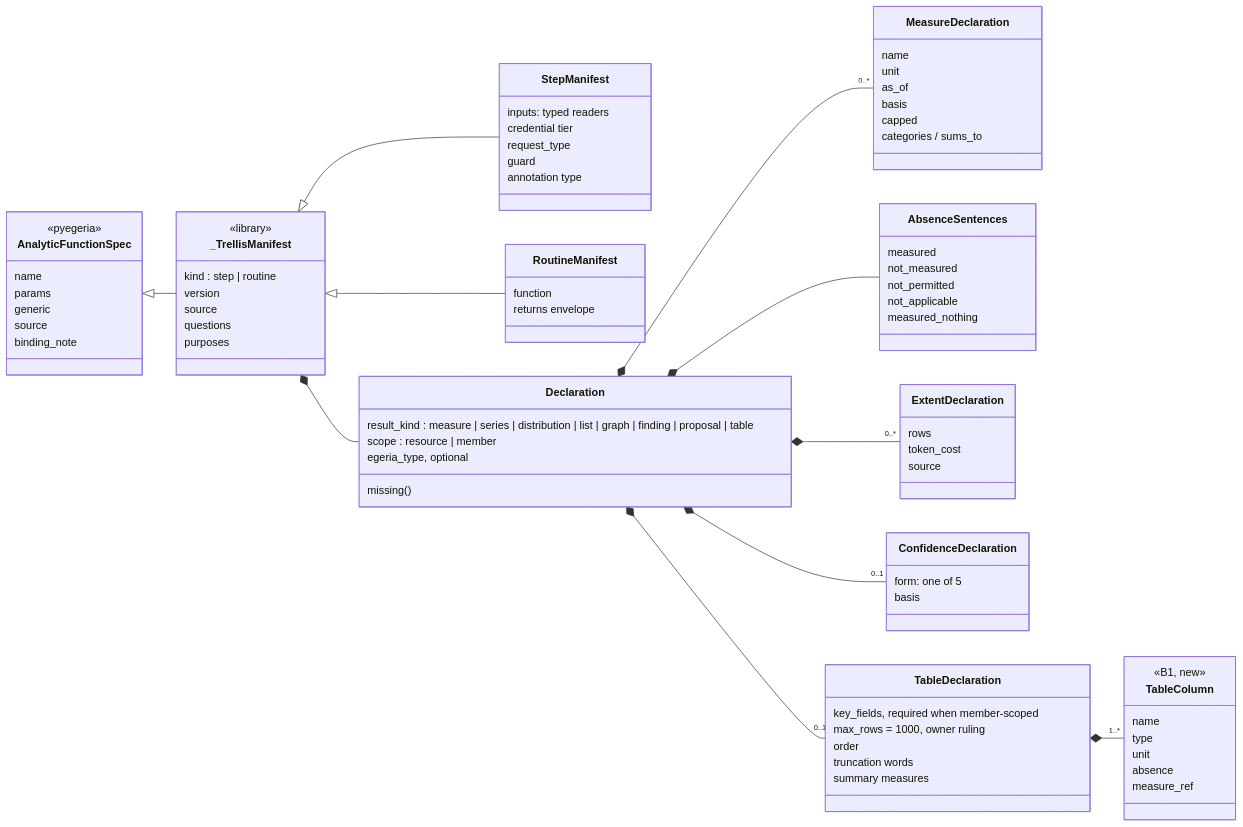
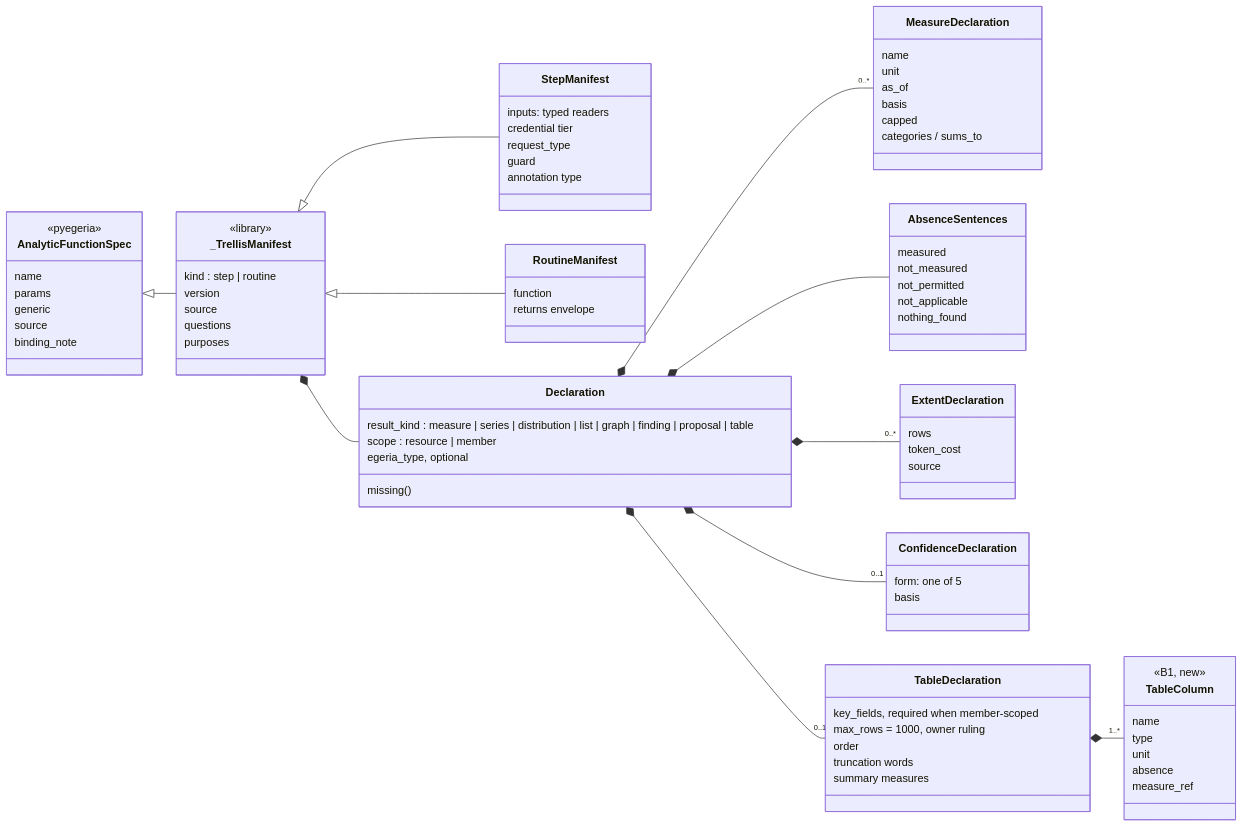
Before and after one commit to odpi/egeria-trellis: the second of 4 diagrams in packages/resource-explorer/docs/design-notes/SUMMARY-EXTENSIBILITY-AND-EGERIA-OBJECTS-2026-11-03.md, drawn with Mermaid. The commit also changed other lines of this file and 54 other files, not shown here.

First line of the commit message:
RS-W1-1 PR-3: Resource Explorer says nothing_found; trellis-analytics >=0.3.1

```diff
--- a/packages/resource-explorer/docs/design-notes/SUMMARY-EXTENSIBILITY-AND-EGERIA-OBJECTS-2026-11-03.md
+++ b/packages/resource-explorer/docs/design-notes/SUMMARY-EXTENSIBILITY-AND-EGERIA-OBJECTS-2026-11-03.md
@@ -160,7 +163,7 @@
     not_measured
     not_permitted
     not_applicable
-    measured_nothing
+    nothing_found
   }
   class ExtentDeclaration {
     rows
```
